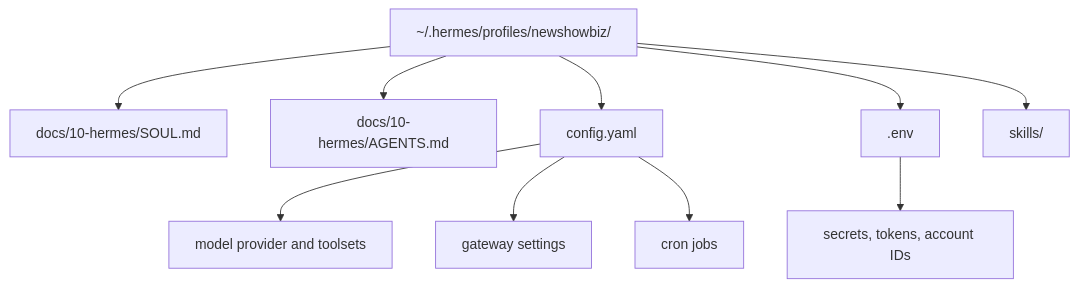
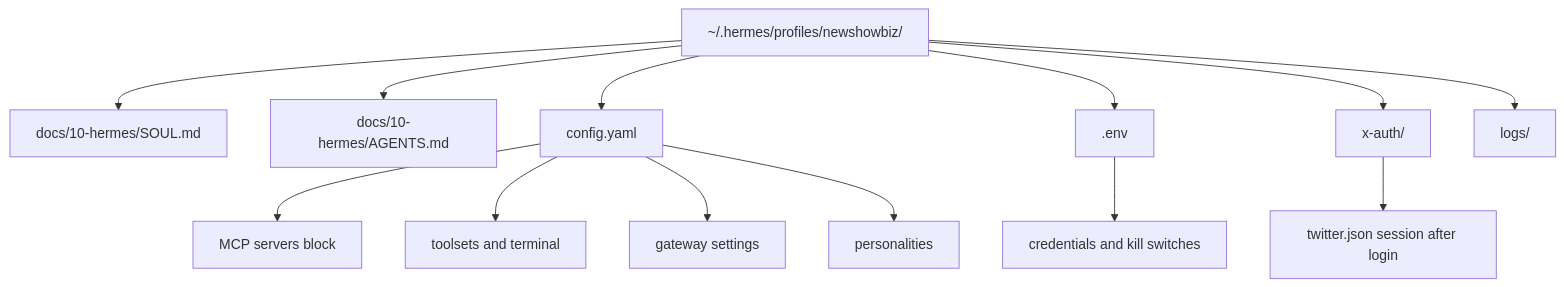
One commit to St-Expedite-Press/no-hay-banda changed the diagram in docs/10-hermes/hermes-profile-setup.md. Above: the diagram before and after it, drawn with Mermaid. The commit also changed other lines of this file and 4 other files, not shown here.

````diff
--- a/docs/10-hermes/hermes-profile-setup.md
+++ b/docs/10-hermes/hermes-profile-setup.md
@@ -7,12 +7,15 @@
 ```mermaid
 flowchart TD
     A[~/.hermes/profiles/newshowbiz/] --> B[docs/10-hermes/SOUL.md]
     A --> C[docs/10-hermes/AGENTS.md]
     A --> D[config.yaml]
     A --> E[.env]
-    A --> F[skills/]
-    D --> G[model provider and toolsets]
-    D --> H[gateway settings]
-    D --> I[cron jobs]
-    E --> J[secrets, tokens, account IDs]
+    A --> F[x-auth/]
+    A --> G[logs/]
+    D --> H[MCP servers block]
+    D --> I[toolsets and terminal]
+    D --> J[gateway settings]
+    D --> K[personalities]
+    E --> L[credentials and kill switches]
+    F --> M[twitter.json session after login]
 ```
````
